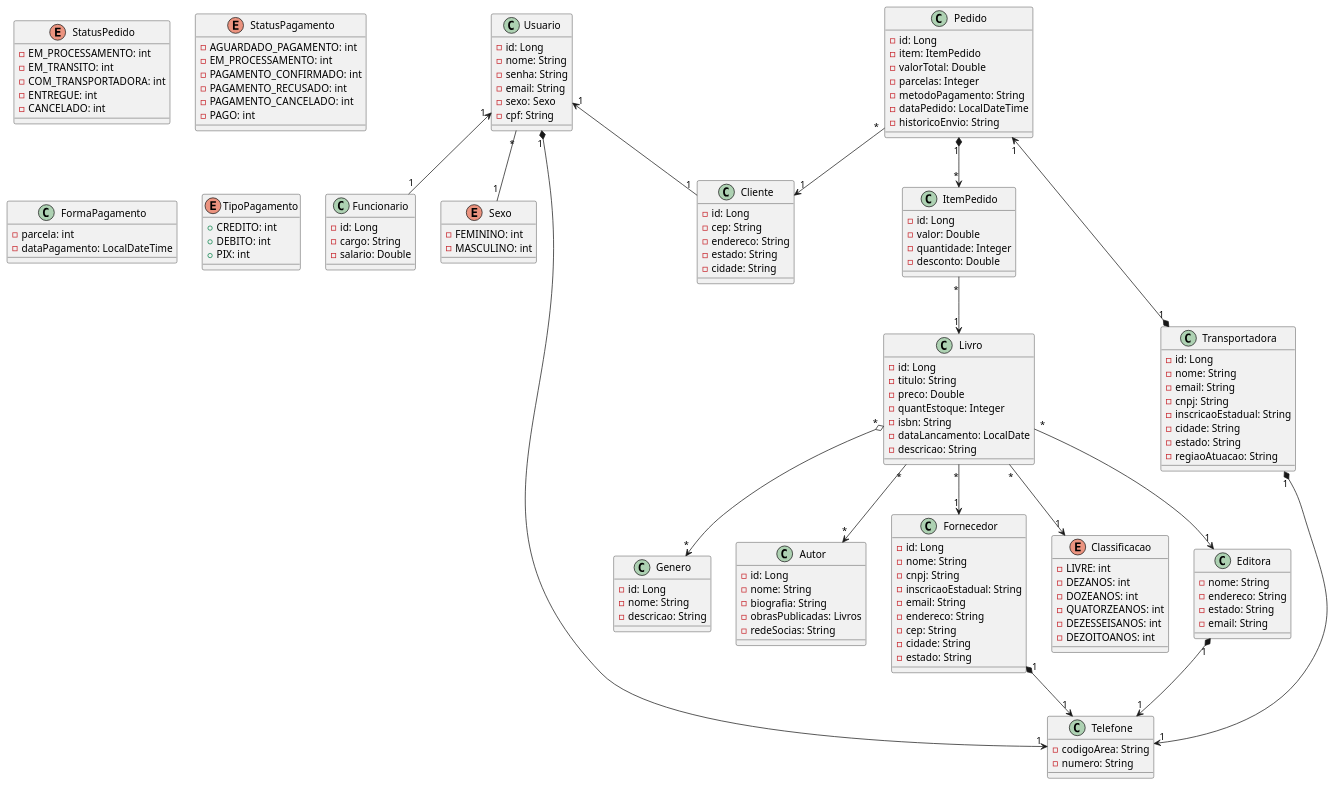
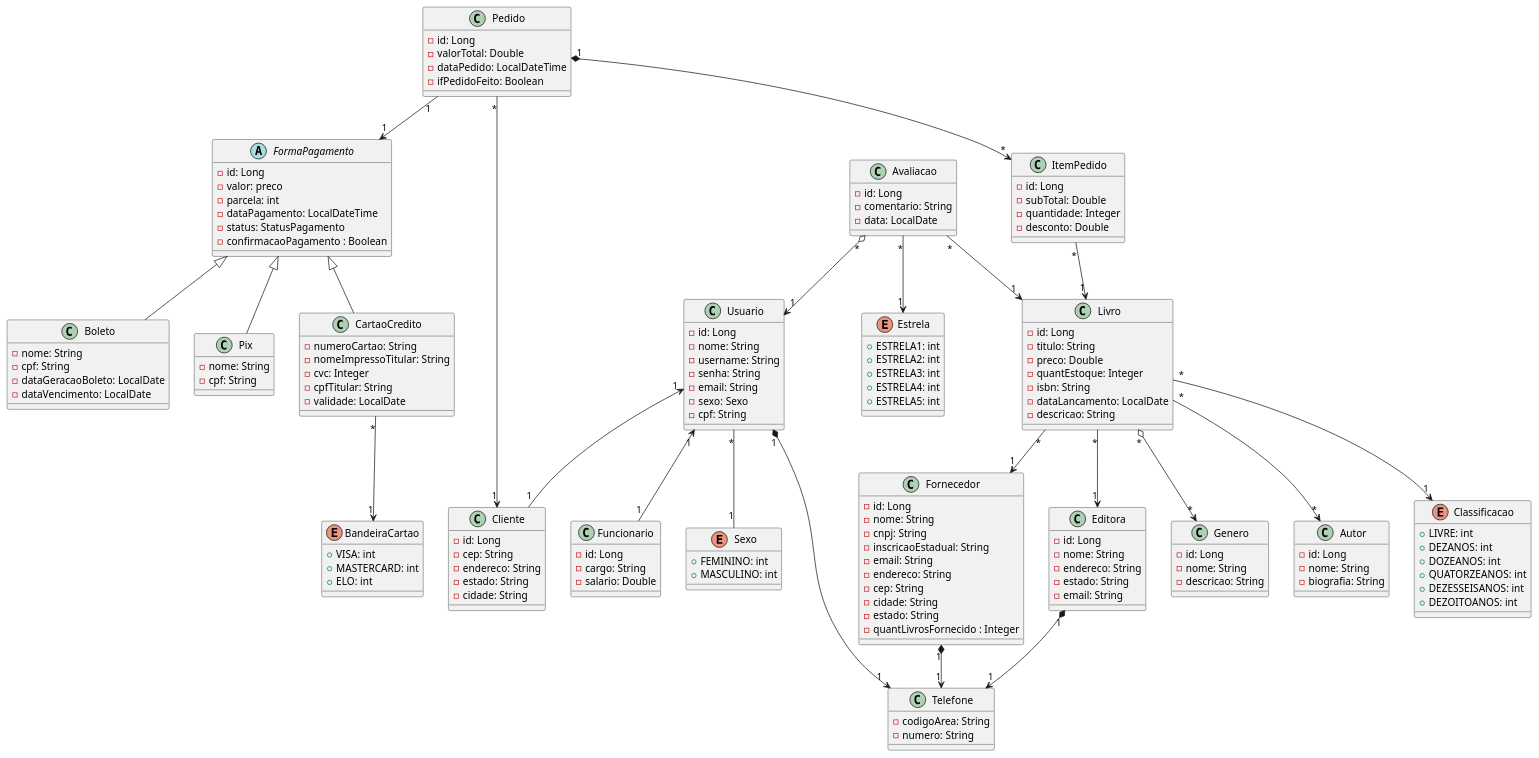
Before and after one commit to KethelenParra/livros-quarkus-tp1: the diagram in src/main/resources/docs/uml.plantuml, drawn with PlantUML.

Commit message:
Atualizando UML

```diff
--- a/src/main/resources/docs/uml.plantuml
+++ b/src/main/resources/docs/uml.plantuml
@@ -1,166 +1,186 @@
-@startuml uml_ecommerce_livro
+  @startuml uml_ecommerce_livro
 
-class Usuario {
-  - id: Long
-  - nome: String
-  - senha: String
-  - email: String
-  - sexo: Sexo
-  - cpf: String
-  
-}
+  class Usuario {
+    - id: Long
+    - nome: String
+    - username: String
+    - senha: String
+    - email: String
+    - sexo: Sexo
+    - cpf: String
 
-class Cliente{
-  - id: Long 
-  - cep: String
-  - endereco: String
-  - estado: String
-  - cidade: String
-}
+  }
 
-class Funcionario {
- - id: Long
- - cargo: String
- - salario: Double
-}
+  class Cliente{
+    - id: Long
+    - cep: String
+    - endereco: String
+    - estado: String
+    - cidade: String
+  }
 
-enum Sexo{
- - FEMININO: int
- - MASCULINO: int
-}
+  class Funcionario {
+    - id: Long
+    - cargo: String
+    - salario: Double
+  }
 
-class Livro {
- - id: Long
- - titulo: String
- - preco: Double
- - quantEstoque: Integer
- - isbn: String
- - dataLancamento: LocalDate
- - descricao: String
-}
+  enum Sexo{
+    + FEMININO: int
+    + MASCULINO: int
+  }
 
-class Genero{
- - id: Long
- - nome: String
- - descricao: String
-}
+  class Livro {
+    - id: Long
+    - titulo: String
+    - preco: Double
+    - quantEstoque: Integer
+    - isbn: String
+    - dataLancamento: LocalDate
+    - descricao: String
+  }
 
-class Autor{
- - id: Long
- - nome: String
- - biografia: String
- - obrasPublicadas: Livros
- - redeSocias: String
-}
+  class Genero{
+    - id: Long
+    - nome: String
+    - descricao: String
+  }
 
-class Fornecedor{
- - id: Long
- - nome: String
- - cnpj: String
- - inscricaoEstadual: String
- - email: String
- - endereco: String
- - cep: String
- - cidade: String
- - estado: String
-}
+  class Autor{
+    - id: Long
+    - nome: String
+    - biografia: String
+  }
 
-enum Classificacao{
-  - LIVRE: int 
-  - DEZANOS: int
-  - DOZEANOS: int
-  - QUATORZEANOS: int
-  - DEZESSEISANOS: int
-  - DEZOITOANOS: int
-}
+  class Fornecedor{
+    - id: Long
+    - nome: String
+    - cnpj: String
+    - inscricaoEstadual: String
+    - email: String
+    - endereco: String
+    - cep: String
+    - cidade: String
+    - estado: String
+    - quantLivrosFornecido : Integer
+  }
 
-class Editora {
- - nome: String
- - endereco: String
- - estado: String
- - email: String
-}
+  enum Classificacao{
+    + LIVRE: int
+    + DEZANOS: int
+    + DOZEANOS: int
+    + QUATORZEANOS: int
+    + DEZESSEISANOS: int
+    + DEZOITOANOS: int
+  }
 
-class Telefone{
- - codigoArea: String
- - numero: String
-}
+  class Editora {
+    - id: Long
+    - nome: String
+    - endereco: String
+    - estado: String
+    - email: String
+  }
 
-class Pedido{
- - id: Long
- - item: ItemPedido
- - valorTotal: Double
- - parcelas: Integer
- - metodoPagamento: String
- - dataPedido: LocalDateTime
- - historicoEnvio: String
-}
+  class Telefone{
+    - codigoArea: String
+    - numero: String
+  }
 
-enum StatusPedido {
-  - EM_PROCESSAMENTO: int
-  - EM_TRANSITO: int
-  - COM_TRANSPORTADORA: int
-  - ENTREGUE: int
-  - CANCELADO: int
-}
+  class Pedido{
+    - id: Long
+    - valorTotal: Double
+    - dataPedido: LocalDateTime
+    - ifPedidoFeito: Boolean
+  }
 
-enum StatusPagamento{                         
-  - AGUARDADO_PAGAMENTO: int
-  - EM_PROCESSAMENTO: int
-  - PAGAMENTO_CONFIRMADO: int
-  - PAGAMENTO_RECUSADO: int
-  - PAGAMENTO_CANCELADO: int
-  - PAGO: int
-}
+  class ItemPedido{
+    - id: Long
+    - subTotal: Double
+    - quantidade: Integer
+    - desconto: Double
+  }
 
-class ItemPedido{
- - id: Long
- - valor: Double
- - quantidade: Integer
- - desconto: Double
-}
+  abstract class FormaPagamento{
+    - id: Long
+    - valor: preco
+    - parcela: int
+    - dataPagamento: LocalDateTime
+    - status: StatusPagamento
+    - confirmacaoPagamento : Boolean
+  }
 
-class FormaPagamento{
-  - parcela: int
-  - dataPagamento: LocalDateTime
-}
+  class Boleto {
+    - nome: String
+    - cpf: String
+    - dataGeracaoBoleto: LocalDate
+    - dataVencimento: LocalDate
+  }
 
-enum TipoPagamento{
-  + CREDITO: int
-  + DEBITO: int
-  + PIX: int
-}
+  class Pix {
+    - nome: String
+    - cpf: String
+  }
 
-class Transportadora{
- - id: Long
- - nome: String
- - email: String
- - cnpj: String
- - inscricaoEstadual: String
- - cidade: String
- - estado: String
- - regiaoAtuacao: String
-}
+  class CartaoCredito {
+    - numeroCartao: String
+    - nomeImpressoTitular: String
+    - cvc: Integer
+    - cpfTitular: String
+    - validade: LocalDate
 
-Usuario "1" <-- "1" Cliente
-Usuario "1" <-- "1" Funcionario
-Usuario "*" -- "1" Sexo
-Usuario "1" *--> "1" Telefone
+  }
 
-Livro "*" o--> "*" Genero
-Livro "*" --> "*" Autor
-Livro "*" --> "1" Fornecedor 
-Livro "*" --> "1" Editora
-Livro "*" --> "1" Classificacao
+  enum BandeiraCartao {
+    + VISA: int
+    + MASTERCARD: int
+    + ELO: int
+  }
 
-Editora "1" *--> "1" Telefone
-Fornecedor "1" *--> "1" Telefone
-Transportadora "1" *--> "1" Telefone
+  class Avaliacao {
+    - id: Long
+    - comentario: String
+    - data: LocalDate
+ }
 
-Pedido "1" <--* "1" Transportadora
-Pedido "*" --> "1" Cliente
-Pedido "1" *--> "*" ItemPedido
+  enum Estrela {
+    + ESTRELA1: int
+    + ESTRELA2: int
+    + ESTRELA3: int
+    + ESTRELA4: int
+    + ESTRELA5: int
+  }
 
-ItemPedido "*" --> "1" Livro
+  Usuario "1" <-- "1" Cliente
+  Usuario "1" <-- "1" Funcionario
+  Usuario "*" -- "1" Sexo
+  Usuario "1" *--> "1" Telefone
 
-@enduml
+  Livro "*" o--> "*" Genero
+  Livro "*" --> "*" Autor
+  Livro "*" --> "1" Fornecedor
+  Livro "*" --> "1" Editora
+  Livro "*" --> "1" Classificacao
+
+  Editora "1" *--> "1" Telefone
+  Fornecedor "1" *--> "1" Telefone
+
+  Pedido "*" --> "1" Cliente
+  Pedido "1" *--> "*" ItemPedido
+
+  ItemPedido "*" --> "1" Livro
+
+  Pedido "1" --> "1" FormaPagamento
+
+  Boleto -up-|> FormaPagamento
+
+  Pix -up-|> FormaPagamento
+
+  CartaoCredito -up-|> FormaPagamento
+  CartaoCredito "*" --> "1" BandeiraCartao
+
+  Avaliacao "*" --> "1" Estrela
+  Avaliacao "*" o--> "1" Usuario
+  Avaliacao "*" --> "1" Livro
+
+  @enduml
```
